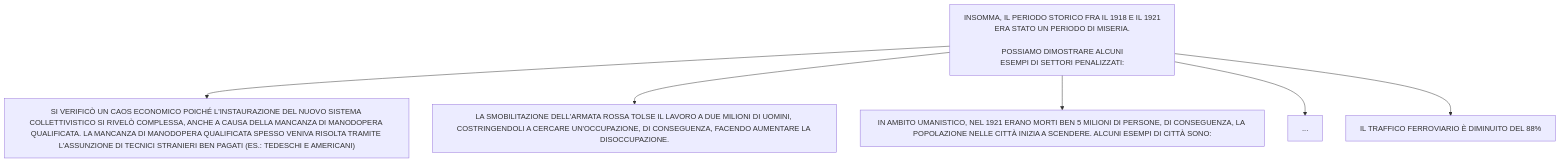
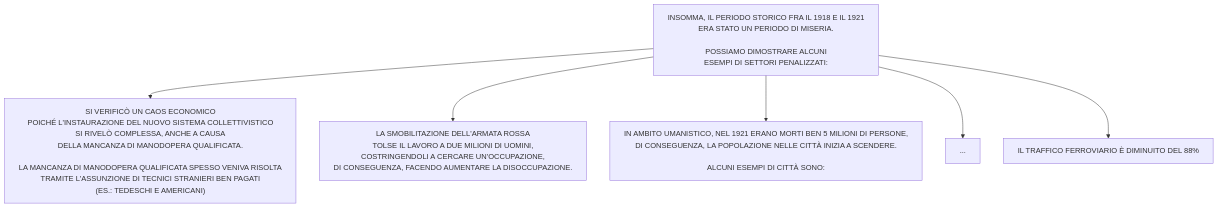
Diagram 18 of 18 in stalinismoRiscrittura.md (Laaouatni/ricerca-storia-MermaidJS), drawn with Mermaid before and after one commit.

````diff
--- a/stalinismoRiscrittura.md
+++ b/stalinismoRiscrittura.md
@@ -350,11 +350,11 @@
 ```mermaid
 %%{init: { "flowchart": { "wrappingWidth": 800 } }}%%
 flowchart TB
   0[INSOMMA, IL PERIODO STORICO FRA IL 1918 E IL 1921 <BR>ERA STATO UN PERIODO DI MISERIA. <BR><BR>POSSIAMO DIMOSTRARE ALCUNI <br> ESEMPI DI SETTORI PENALIZZATI:]
-  1["SI VERIFICÒ UN CAOS ECONOMICO POICHÉ L'INSTAURAZIONE DEL NUOVO SISTEMA COLLETTIVISTICO SI RIVELÒ COMPLESSA, ANCHE A CAUSA DELLA MANCANZA DI MANODOPERA QUALIFICATA. LA MANCANZA DI MANODOPERA QUALIFICATA SPESSO VENIVA RISOLTA TRAMITE L'ASSUNZIONE DI TECNICI STRANIERI BEN PAGATI (ES.: TEDESCHI E AMERICANI)"]
-  2[LA SMOBILITAZIONE DELL'ARMATA ROSSA TOLSE IL LAVORO A DUE MILIONI DI UOMINI, COSTRINGENDOLI A CERCARE UN'OCCUPAZIONE, DI CONSEGUENZA, FACENDO AUMENTARE LA DISOCCUPAZIONE.]
-  3[IN AMBITO UMANISTICO, NEL 1921 ERANO MORTI BEN 5 MILIONI DI PERSONE, DI CONSEGUENZA, LA POPOLAZIONE NELLE CITTÀ INIZIA A SCENDERE. ALCUNI ESEMPI DI CITTÀ SONO:]
+  1["SI VERIFICÒ UN CAOS ECONOMICO <br>POICHÉ L'INSTAURAZIONE DEL NUOVO SISTEMA COLLETTIVISTICO<br> SI RIVELÒ COMPLESSA, ANCHE A CAUSA <br>DELLA MANCANZA DI MANODOPERA QUALIFICATA. <br><br>LA MANCANZA DI MANODOPERA QUALIFICATA SPESSO VENIVA RISOLTA <br>TRAMITE L'ASSUNZIONE DI TECNICI STRANIERI BEN PAGATI <br>(ES.: TEDESCHI E AMERICANI)"]
+  2[LA SMOBILITAZIONE DELL'ARMATA ROSSA <br>TOLSE IL LAVORO A DUE MILIONI DI UOMINI, <br>COSTRINGENDOLI A CERCARE UN'OCCUPAZIONE, <br> DI CONSEGUENZA, FACENDO AUMENTARE LA DISOCCUPAZIONE.]
+  3[IN AMBITO UMANISTICO, NEL 1921 ERANO MORTI BEN 5 MILIONI DI PERSONE, <br>DI CONSEGUENZA, LA POPOLAZIONE NELLE CITTÀ INIZIA A SCENDERE. <br><br>ALCUNI ESEMPI DI CITTÀ SONO:]
   4[...]
   5[IL TRAFFICO FERROVIARIO È DIMINUITO DEL 88%]
   0 --> 1 & 2 & 3 & 4 & 5
 ```
````
